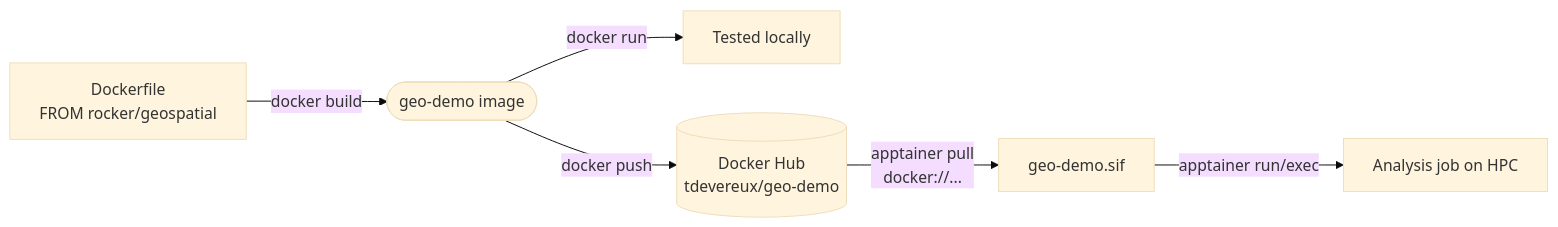
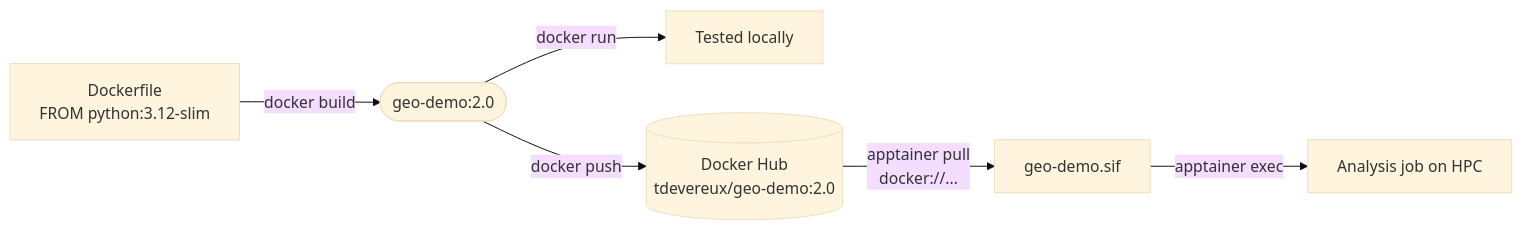
One commit to tim-devereux/docker-basics changed the first of 3 diagrams in README.md. Above: the diagram before and after it, drawn with Mermaid (base theme). The commit also changed other lines of this file and 4 other files, not shown here.

First line of the commit message:
Switch example stack from R/rocker to Python + JupyterLab

````diff
--- a/README.md
+++ b/README.md
@@ -17,8 +17,8 @@
 ```mermaid
 flowchart LR
-    DF["Dockerfile\nFROM rocker/geospatial"] -->|"docker build"| IMG(["geo-demo image"])
+    DF["Dockerfile\nFROM python:3.12-slim"] -->|"docker build"| IMG(["geo-demo:2.0"])
     IMG -->|"docker run"| TEST["Tested locally"]
-    IMG -->|"docker push"| HUB[("Docker Hub\ntdevereux/geo-demo")]
+    IMG -->|"docker push"| HUB[("Docker Hub\ntdevereux/geo-demo:2.0")]
     HUB -->|"apptainer pull\ndocker://..."| SIF["geo-demo.sif"]
-    SIF -->|"apptainer run/exec"| JOB["Analysis job on HPC"]
+    SIF -->|"apptainer exec"| JOB["Analysis job on HPC"]
 ```
````
